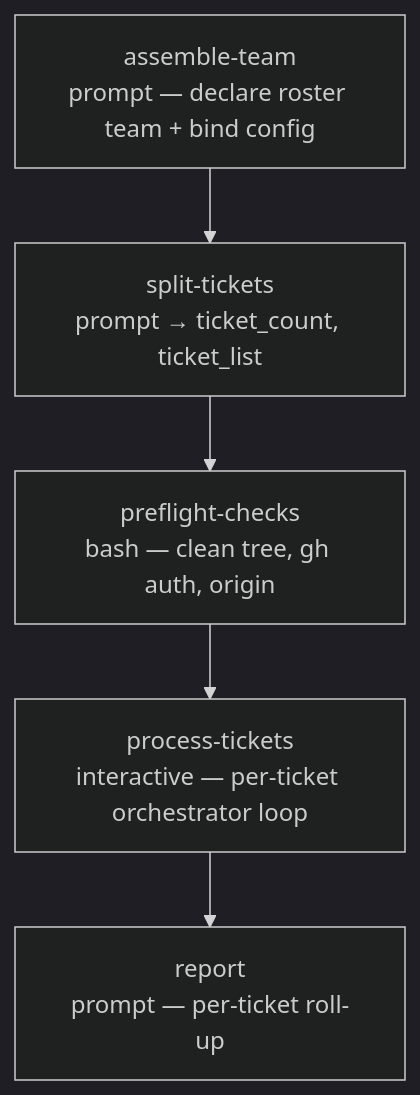
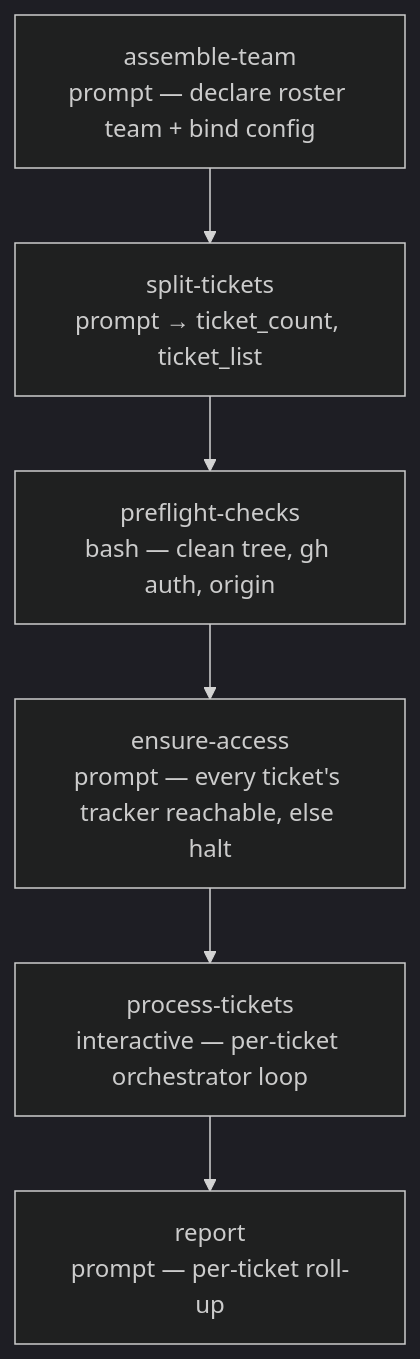
Before and after one commit to e1024kb/wise-claude: the diagram in plugins/wise/workflows/ticket-auto/README.md, drawn with Mermaid (dark theme). The commit also changed other lines of this file and 4 other files, not shown here.

Commit message:
feat(wise): gate ticket-auto on tracker access, no graceful degrade

````diff
--- a/plugins/wise/workflows/ticket-auto/README.md
+++ b/plugins/wise/workflows/ticket-auto/README.md
@@ -65,7 +67,8 @@
 ```mermaid
 flowchart TD
     A[assemble-team<br/>prompt — declare roster team + bind config] --> B[split-tickets<br/>prompt → ticket_count, ticket_list]
     B --> C[preflight-checks<br/>bash — clean tree, gh auth, origin]
-    C --> D[process-tickets<br/>interactive — per-ticket orchestrator loop]
+    C --> G[ensure-access<br/>prompt — every ticket's tracker reachable, else halt]
+    G --> D[process-tickets<br/>interactive — per-ticket orchestrator loop]
     D --> E[report<br/>prompt — per-ticket roll-up]
 ```
````
